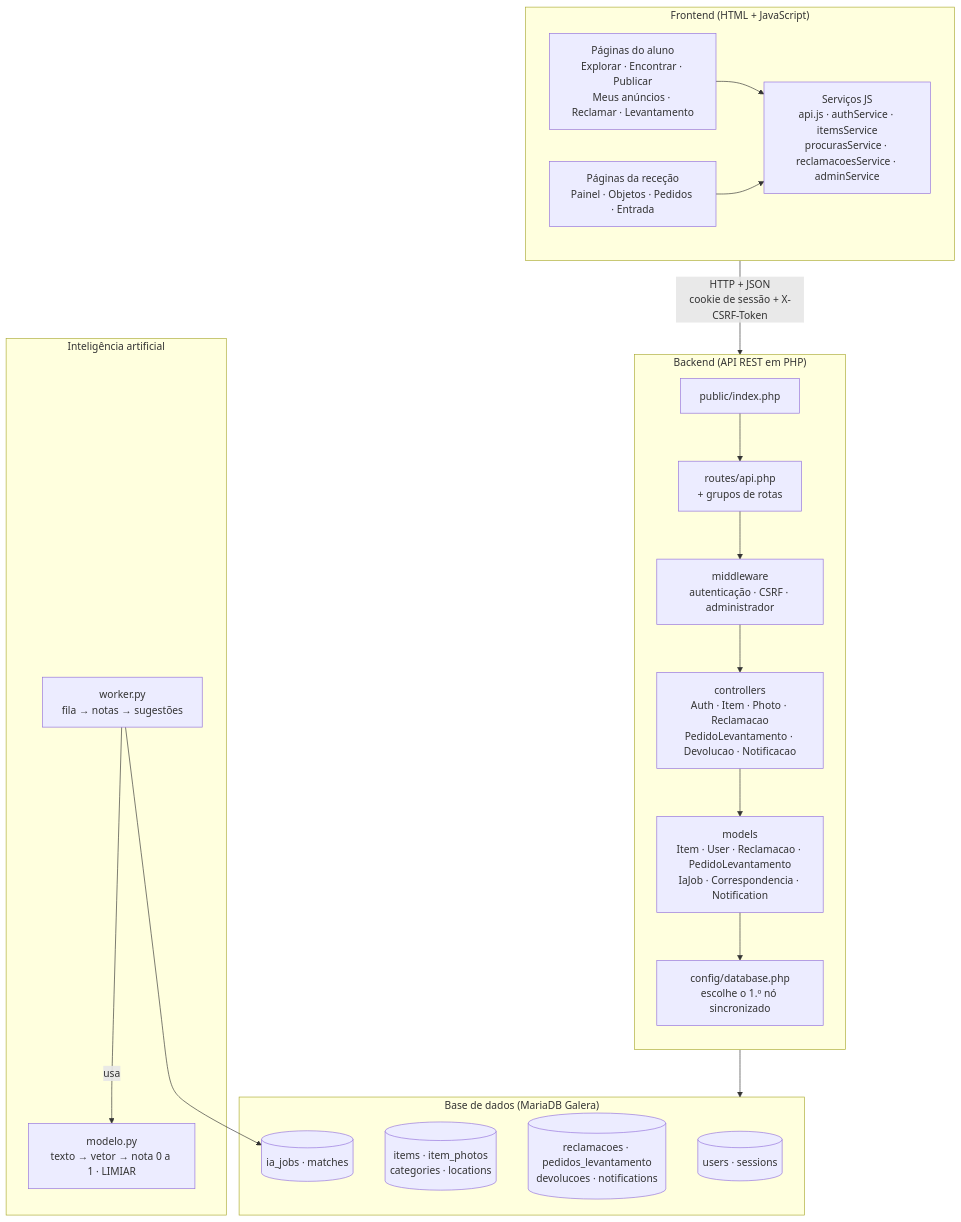
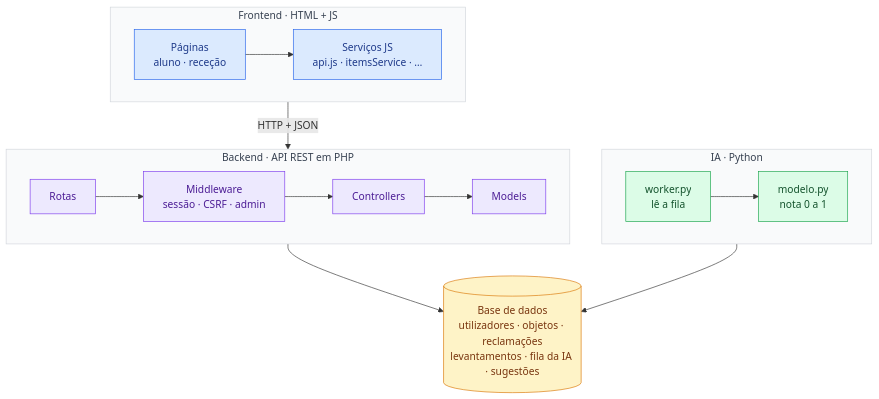
One commit to HamiltonPrado/Perdidos-e-Achados-IADE changed the diagram in docs/Diagramas/02-componentes.md. Above: the diagram before and after it, drawn with Mermaid. The commit also changed other lines of this file and 4 other files, not shown here.

Commit message:
Diagramas mais simples: menos caixas e setas, cores por camada

````diff
--- a/docs/Diagramas/02-componentes.md
+++ b/docs/Diagramas/02-componentes.md
@@ -3,37 +5,35 @@
 ```mermaid
 flowchart TB
-    subgraph FE["Frontend (HTML + JavaScript)"]
+    subgraph FE["Frontend · HTML + JS"]
         direction LR
-        P1["Páginas do aluno<br/>Explorar · Encontrar · Publicar<br/>Meus anúncios · Reclamar · Levantamento"]
-        P2["Páginas da receção<br/>Painel · Objetos · Pedidos · Entrada"]
-        SV["Serviços JS<br/>api.js · authService · itemsService<br/>procurasService · reclamacoesService · adminService"]
-        P1 --> SV
-        P2 --> SV
+        PG["Páginas<br/>aluno · receção"] --> SV["Serviços JS<br/>api.js · itemsService · …"]
     end
 
-    subgraph BE["Backend (API REST em PHP)"]
-        direction TB
-        IDX["public/index.php"] --> RT["routes/api.php<br/>+ grupos de rotas"]
-        RT --> MW["middleware<br/>autenticação · CSRF · administrador"]
-        MW --> CT["controllers<br/>Auth · Item · Photo · Reclamacao<br/>PedidoLevantamento · Devolucao · Notificacao"]
-        CT --> MD["models<br/>Item · User · Reclamacao · PedidoLevantamento<br/>IaJob · Correspondencia · Notification"]
-        MD --> DB_PHP["config/database.php<br/>escolhe o 1.º nó sincronizado"]
+    subgraph BE["Backend · API REST em PHP"]
+        direction LR
+        RT["Rotas"] --> MW["Middleware<br/>sessão · CSRF · admin"] --> CT["Controllers"] --> MD["Models"]
     end
 
-    subgraph BD["Base de dados (MariaDB Galera)"]
-        T1[("users · sessions")]
-        T2[("items · item_photos<br/>categories · locations")]
-        T3[("reclamacoes · pedidos_levantamento<br/>devolucoes · notifications")]
-        T4[("ia_jobs · matches")]
+    subgraph IA["IA · Python"]
+        direction LR
+        WK["worker.py<br/>lê a fila"] --> MO["modelo.py<br/>nota 0 a 1"]
     end
 
-    subgraph IAG["Inteligência artificial"]
-        MOD["modelo.py<br/>texto → vetor → nota 0 a 1 · LIMIAR"]
-        WRK["worker.py<br/>fila → notas → sugestões"]
-    end
+    BD[("Base de dados<br/>utilizadores · objetos · reclamações<br/>levantamentos · fila da IA · sugestões")]
 
-    SV -- "HTTP + JSON<br/>cookie de sessão + X-CSRF-Token" --> IDX
-    DB_PHP --> BD
-    WRK --> T4
-    WRK -- "usa" --> MOD
+    FE -- "HTTP + JSON" --> BE
+    BE --> BD
+    IA --> BD
+
+    classDef app fill:#ede9fe,stroke:#7c3aed,color:#4c1d95
+    classDef entrada fill:#dbeafe,stroke:#2563eb,color:#1e3a8a
+    classDef dados fill:#fef3c7,stroke:#d97706,color:#78350f
+    classDef ia fill:#dcfce7,stroke:#16a34a,color:#14532d
+    class PG,SV entrada
+    class RT,MW,CT,MD app
+    class WK,MO ia
+    class BD dados
+    style FE fill:#f9fafb,stroke:#d1d5db,color:#374151
+    style BE fill:#f9fafb,stroke:#d1d5db,color:#374151
+    style IA fill:#f9fafb,stroke:#d1d5db,color:#374151
 ```
````
